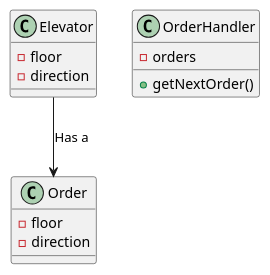
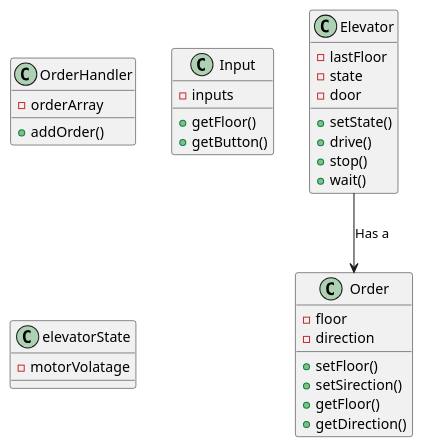
The diagram in UML/klassediagram.puml (KasperTL/Heislab), drawn with PlantUML before and after one commit. The commit also changed 2 other files, not shown here.

```diff
--- a/UML/klassediagram.puml
+++ b/UML/klassediagram.puml
@@ -1,15 +1,32 @@
 @startuml Heis 
-class Elevator {
-    -floor
-    -direction
-}
 class OrderHandler {
-    -orders
-    +getNextOrder()
+    -orderArray
+    +addOrder()
 } 
 class Order {
     -floor 
     -direction
+    +setFloor()
+    +setSirection()
+    +getFloor()
+    +getDirection()
+}
+class Elevator {
+    -lastFloor
+    -state
+    -door
+    +setState()
+    +drive()
+    +stop()
+    +wait()
+}
+class Input {
+    -inputs 
+    +getFloor()
+    +getButton()
+}
+class elevatorState {
+    -motorVolatage
 }
 Elevator --> Order : "Has a"
 @enduml
```
